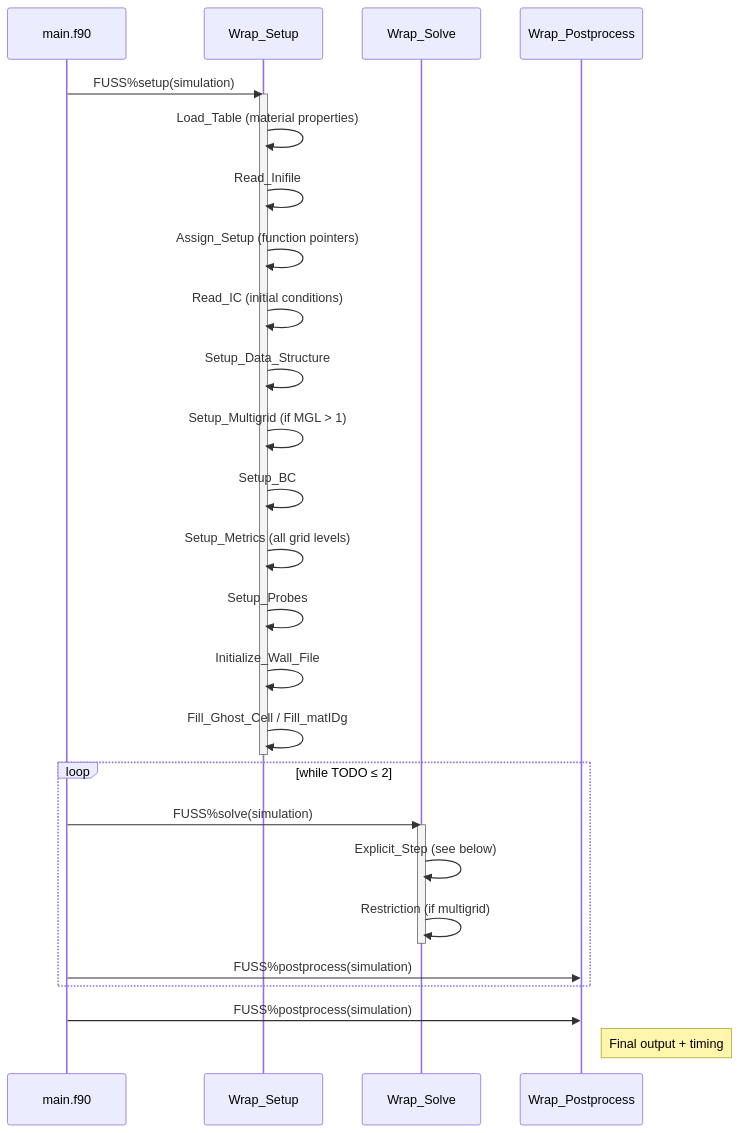
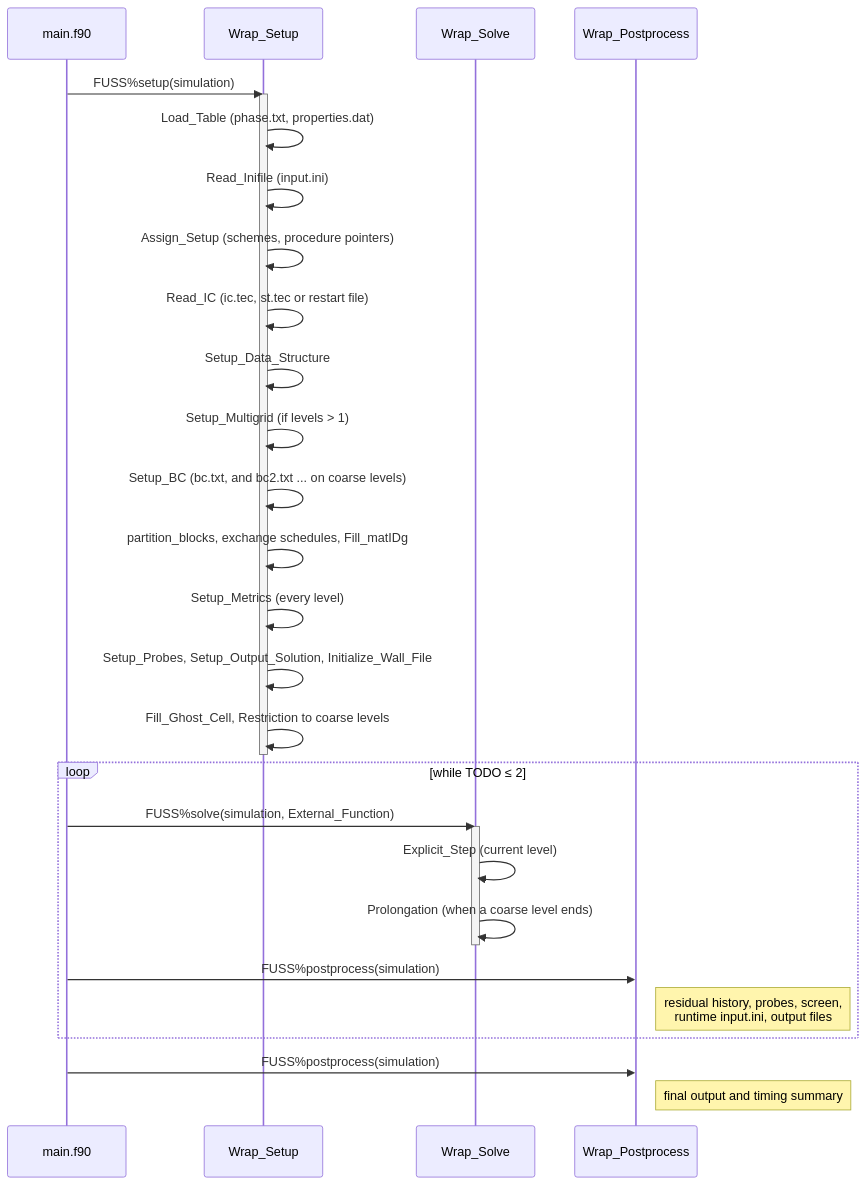
One commit to open-hydra/FUSS changed the third of 6 diagrams in docs/development/structure.md. Above: the diagram before and after it, drawn with Mermaid. The commit also changed other lines of this file and 40 other files, not shown here.

````diff
--- a/docs/development/structure.md
+++ b/docs/development/structure.md
@@ -201,34 +170,35 @@
 ```mermaid
 sequenceDiagram
     participant Main as main.f90
     participant Setup as Wrap_Setup
     participant Solve as Wrap_Solve
     participant Post as Wrap_Postprocess
 
     Main->>Setup: FUSS%setup(simulation)
     activate Setup
-    Setup->>Setup: Load_Table (material properties)
-    Setup->>Setup: Read_Inifile
-    Setup->>Setup: Assign_Setup (function pointers)
-    Setup->>Setup: Read_IC (initial conditions)
+    Setup->>Setup: Load_Table (phase.txt, properties.dat)
+    Setup->>Setup: Read_Inifile (input.ini)
+    Setup->>Setup: Assign_Setup (schemes, procedure pointers)
+    Setup->>Setup: Read_IC (ic.tec, st.tec or restart file)
     Setup->>Setup: Setup_Data_Structure
-    Setup->>Setup: Setup_Multigrid (if MGL > 1)
-    Setup->>Setup: Setup_BC
-    Setup->>Setup: Setup_Metrics (all grid levels)
-    Setup->>Setup: Setup_Probes
-    Setup->>Setup: Initialize_Wall_File
-    Setup->>Setup: Fill_Ghost_Cell / Fill_matIDg
+    Setup->>Setup: Setup_Multigrid (if levels > 1)
+    Setup->>Setup: Setup_BC (bc.txt, and bc2.txt ... on coarse levels)
+    Setup->>Setup: partition_blocks, exchange schedules, Fill_matIDg
+    Setup->>Setup: Setup_Metrics (every level)
+    Setup->>Setup: Setup_Probes, Setup_Output_Solution, Initialize_Wall_File
+    Setup->>Setup: Fill_Ghost_Cell, Restriction to coarse levels
     deactivate Setup
 
     loop while TODO ≤ 2
-        Main->>Solve: FUSS%solve(simulation)
+        Main->>Solve: FUSS%solve(simulation, External_Function)
         activate Solve
-        Solve->>Solve: Explicit_Step (see below)
-        Solve->>Solve: Restriction (if multigrid)
+        Solve->>Solve: Explicit_Step (current level)
+        Solve->>Solve: Prolongation (when a coarse level ends)
         deactivate Solve
         Main->>Post: FUSS%postprocess(simulation)
+        Note right of Post: residual history, probes, screen,<br/>runtime input.ini, output files
     end
 
     Main->>Post: FUSS%postprocess(simulation)
-    Note right of Post: Final output + timing
+    Note right of Post: final output and timing summary
 ```
````
